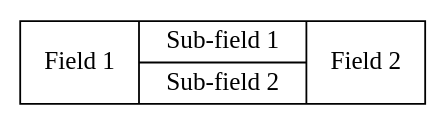
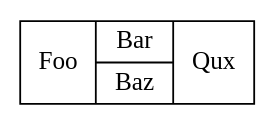
The eighth of 19 diagrams in README.md (mariusz-schimke/GiGraph), drawn with Graphviz before and after one commit. The commit also changed other lines of this file and 2 other files, not shown here.

````diff
--- a/README.md
+++ b/README.md
@@ -784,6 +784,6 @@
 ```dot
 digraph
 {
-    node1 [ label = "Field&#32;1 | { Sub-field&#32;1 | Sub-field&#32;2 } | Field&#32;2", shape = record ]
+    Foo [ label = "Foo | { Bar | Baz } | Qux", shape = record ]
 }
 ```
````
